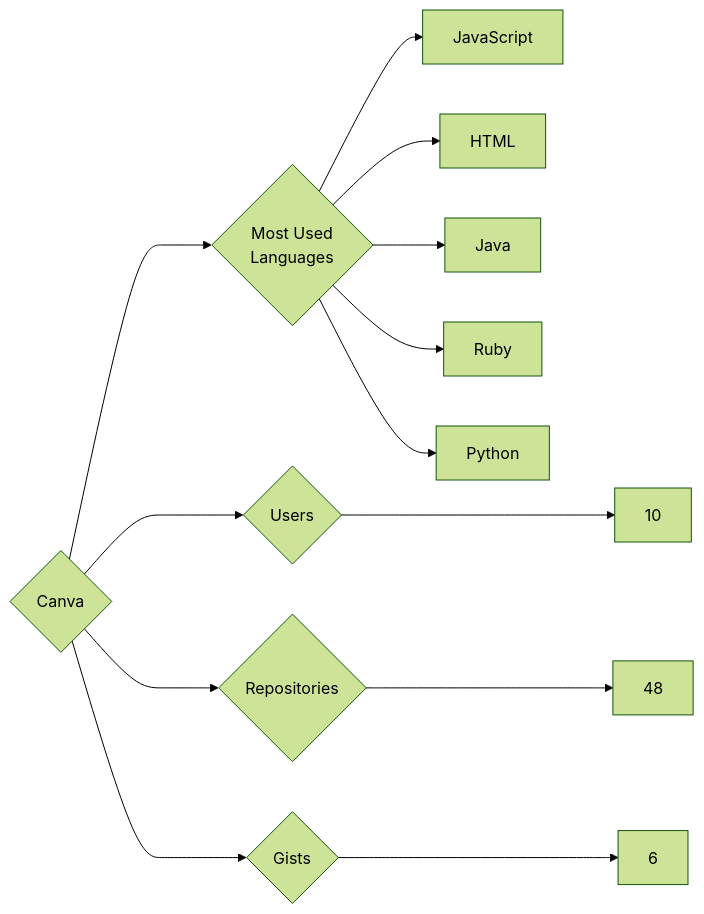
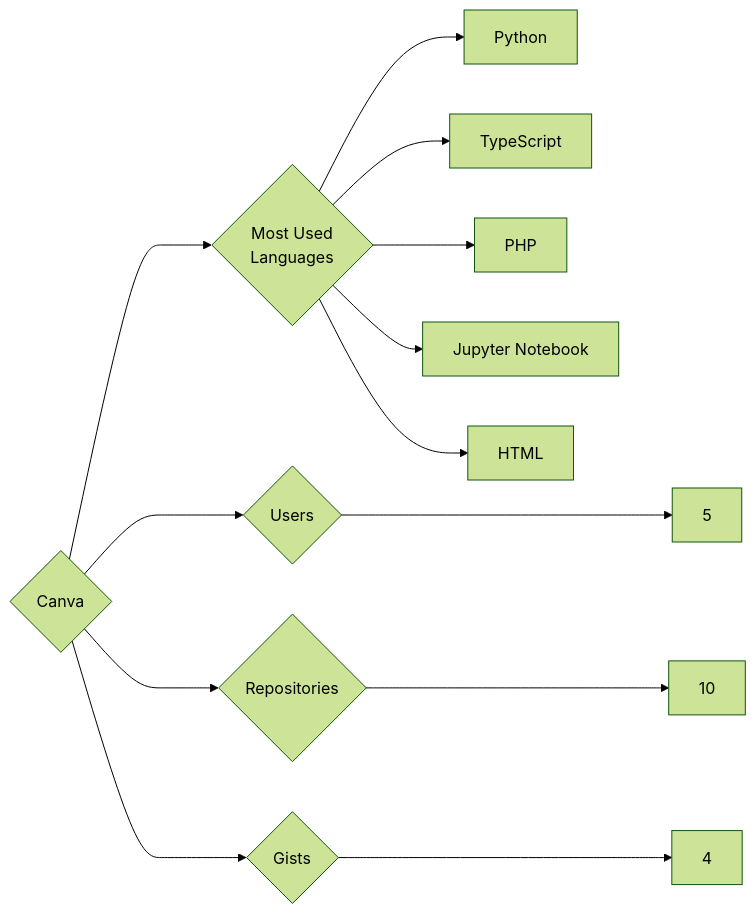
One commit to trickest/insiders changed the diagram in targets/Canva/README.md. Above: the diagram before and after it, drawn with Mermaid (forest theme). The commit also changed 1123 other files, not shown here.

````diff
--- a/targets/Canva/README.md
+++ b/targets/Canva/README.md
@@ -3,13 +3,13 @@
 ```mermaid
 graph LR
 COMPANY_NAME{Canva}
-COMPANY_NAME ---> U{Users} ---> UN[10]
-COMPANY_NAME ---> R{Repositories} ---> RN[48]
-COMPANY_NAME ---> G{Gists} ---> GN[6]
+COMPANY_NAME ---> U{Users} ---> UN[5]
+COMPANY_NAME ---> R{Repositories} ---> RN[10]
+COMPANY_NAME ---> G{Gists} ---> GN[4]
 COMPANY_NAME ---> ML{Most Used<br>Languages}
-ML --> JavaScript[JavaScript]
+ML --> Python[Python]
+ML --> TypeScript[TypeScript]
+ML --> PHP[PHP]
+ML --> Jupyter_Notebook[Jupyter Notebook]
 ML --> HTML[HTML]
-ML --> Java[Java]
-ML --> Ruby[Ruby]
-ML --> Python[Python]
 ```
````
